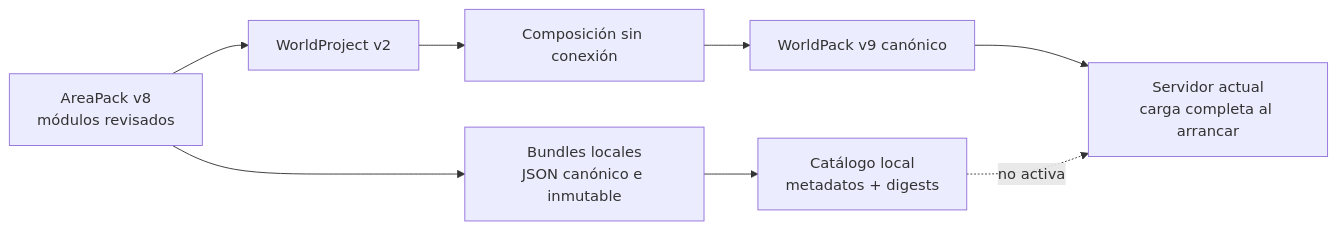
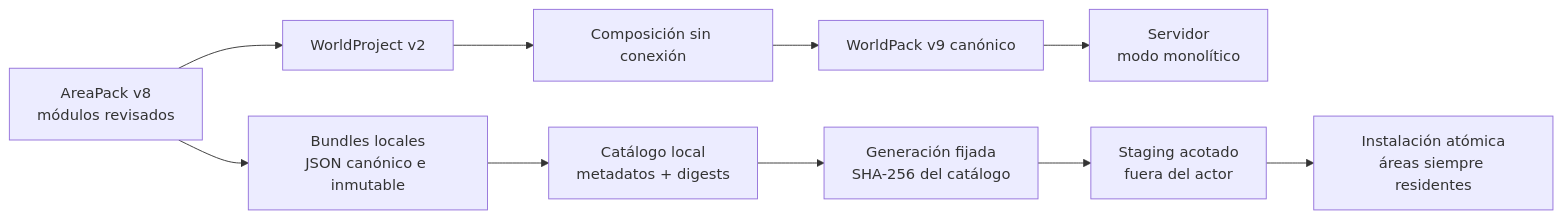
One commit to hyukudan/tiamud changed the seventh of 7 diagrams in README.md. Above: the diagram before and after it, drawn with Mermaid. The commit also changed other lines of this file and 21 other files, not shown here.

````diff
--- a/README.md
+++ b/README.md
@@ -536,13 +547,15 @@
 ```mermaid
 flowchart LR
-    accTitle: Fronteras de autoría y publicación local de áreas
-    accDescr: Los mismos módulos AreaPack pueden componerse en un WorldPack monolítico o prepararse como bundles locales verificables; solo el WorldPack completo entra hoy en el servidor.
+    accTitle: Autoría modular y carga local aditiva de áreas
+    accDescr: Los mismos módulos producen un WorldPack monolítico y bundles locales. El servidor elige una ruta al arrancar; el modo catálogo fija una generación y añade áreas verificadas sin reemplazarlas ni descargarlas.
 
     Areas[AreaPack v8<br/>módulos revisados] --> Project[WorldProject v2]
     Project --> Compose[Composición sin conexión]
     Compose --> World[WorldPack v9 canónico]
-    World --> Runtime[Servidor actual<br/>carga completa al arrancar]
+    World --> Runtime[Servidor<br/>modo monolítico]
     Areas --> Bundle[Bundles locales<br/>JSON canónico e inmutable]
     Bundle --> Catalog[Catálogo local<br/>metadatos + digests]
-    Catalog -. no activa .-> Runtime
+    Catalog --> Fixed[Generación fijada<br/>SHA-256 del catálogo]
+    Fixed --> Stage[Staging acotado<br/>fuera del actor]
+    Stage --> Actor[Instalación atómica<br/>áreas siempre residentes]
 ```
````
